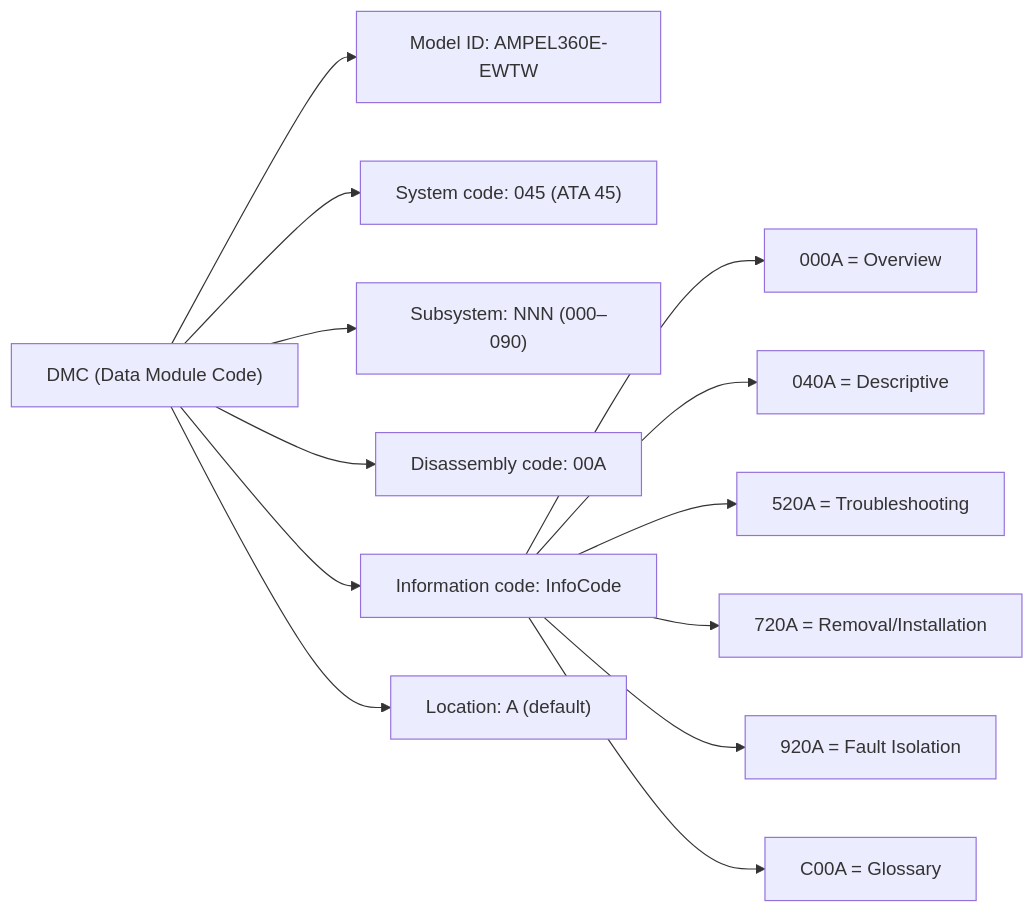
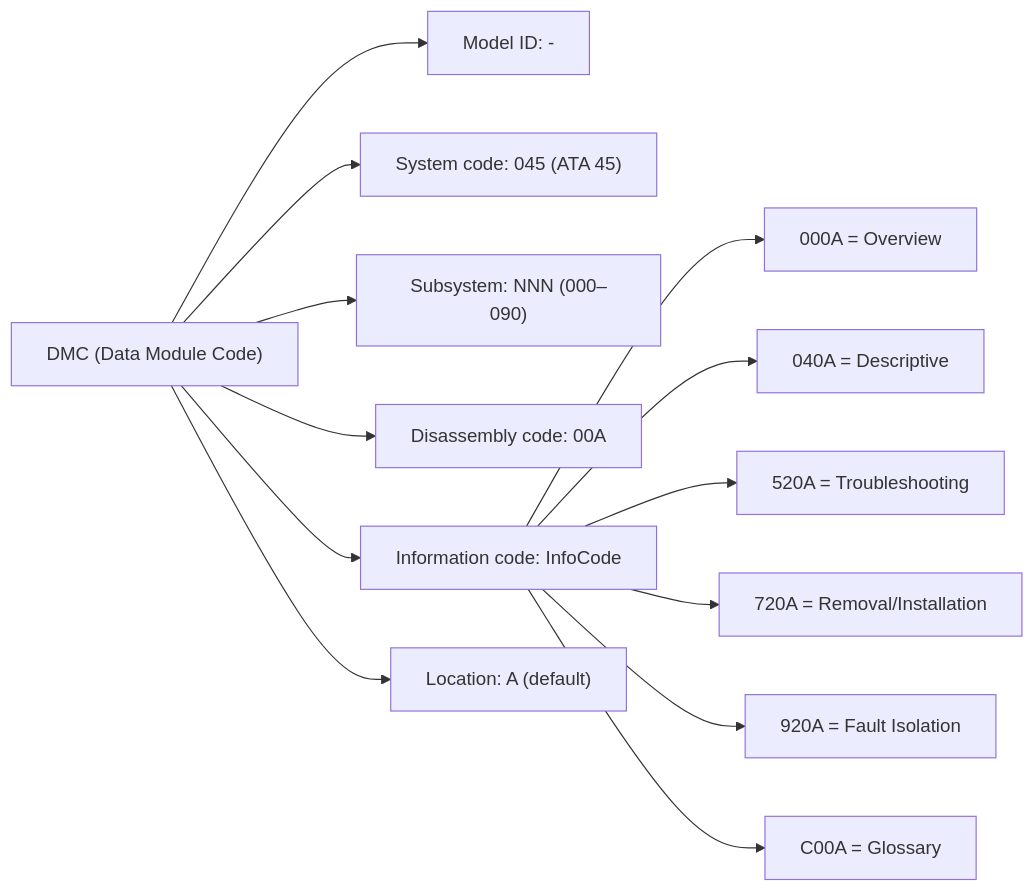
One commit to AmedeoPelliccia/Qplus-For-All-Queer-People-and-Quantum changed the second of 3 diagrams in Q+ATLANTIDE/000-099_ATLAS/040-049_Avionica-Informacion-y-APU/045_Central-Maintenance-System/045-090-S1000D-CSDB-Mapping-and-Traceability.md. Above: the diagram before and after it, drawn with Mermaid. The commit also changed other lines of this file and 51 other files, not shown here.

First line of the commit message:
Generalize all 52 ATLAS S1000D-CSDB mapping files: remove AMPEL360E/eWTW/Programmes_example references, add scope: agnostic-standard, use generic DMC placeholders

````diff
--- a/Q+ATLANTIDE/000-099_ATLAS/040-049_Avionica-Informacion-y-APU/045_Central-Maintenance-System/045-090-S1000D-CSDB-Mapping-and-Traceability.md
+++ b/Q+ATLANTIDE/000-099_ATLAS/040-049_Avionica-Informacion-y-APU/045_Central-Maintenance-System/045-090-S1000D-CSDB-Mapping-and-Traceability.md
@@ -143,16 +144,16 @@
 ```mermaid
 graph LR
     DMC["DMC (Data Module Code)"]
-    DMC --> MID["Model ID: AMPEL360E-EWTW"]
+    DMC --> MID["Model ID: <MODEL>-<SYSTEMDIFF>"]
     DMC --> SYS["System code: 045 (ATA 45)"]
     DMC --> SUB["Subsystem: NNN (000–090)"]
     DMC --> DAS["Disassembly code: 00A"]
     DMC --> IC["Information code: InfoCode"]
     IC --> IC1["000A = Overview"]
     IC --> IC2["040A = Descriptive"]
     IC --> IC3["520A = Troubleshooting"]
     IC --> IC4["720A = Removal/Installation"]
     IC --> IC5["920A = Fault Isolation"]
     IC --> IC6["C00A = Glossary"]
     DMC --> LOC["Location: A (default)"]
 ```
````
